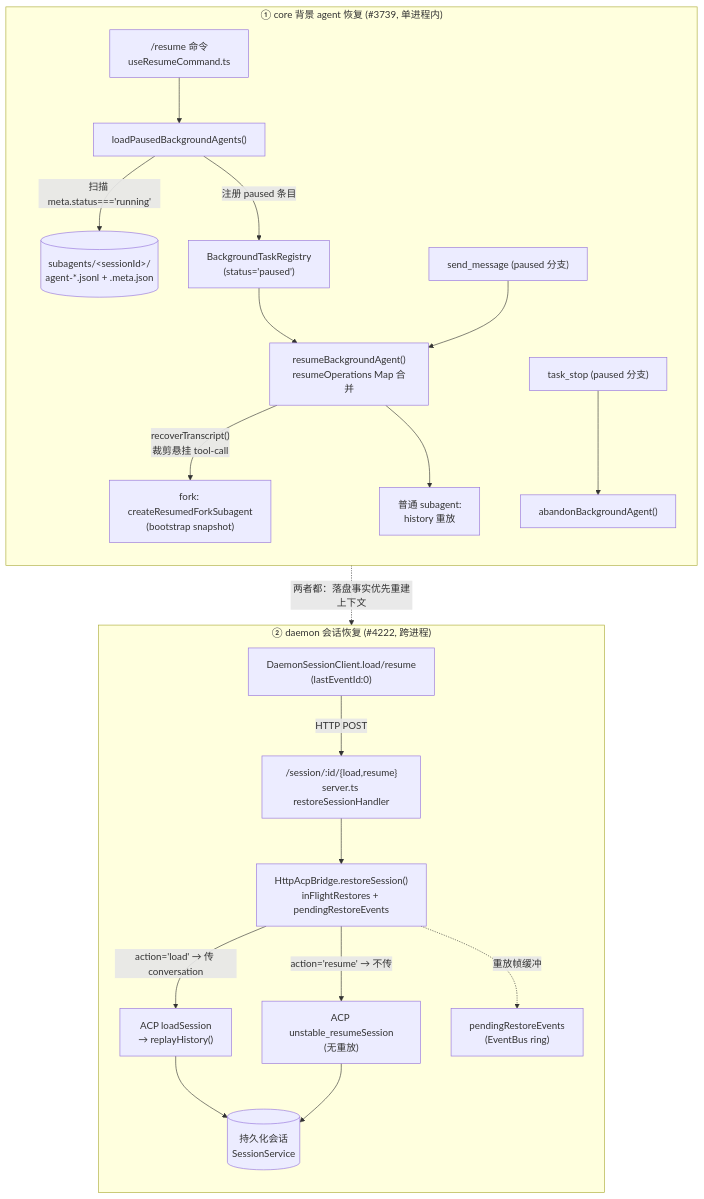
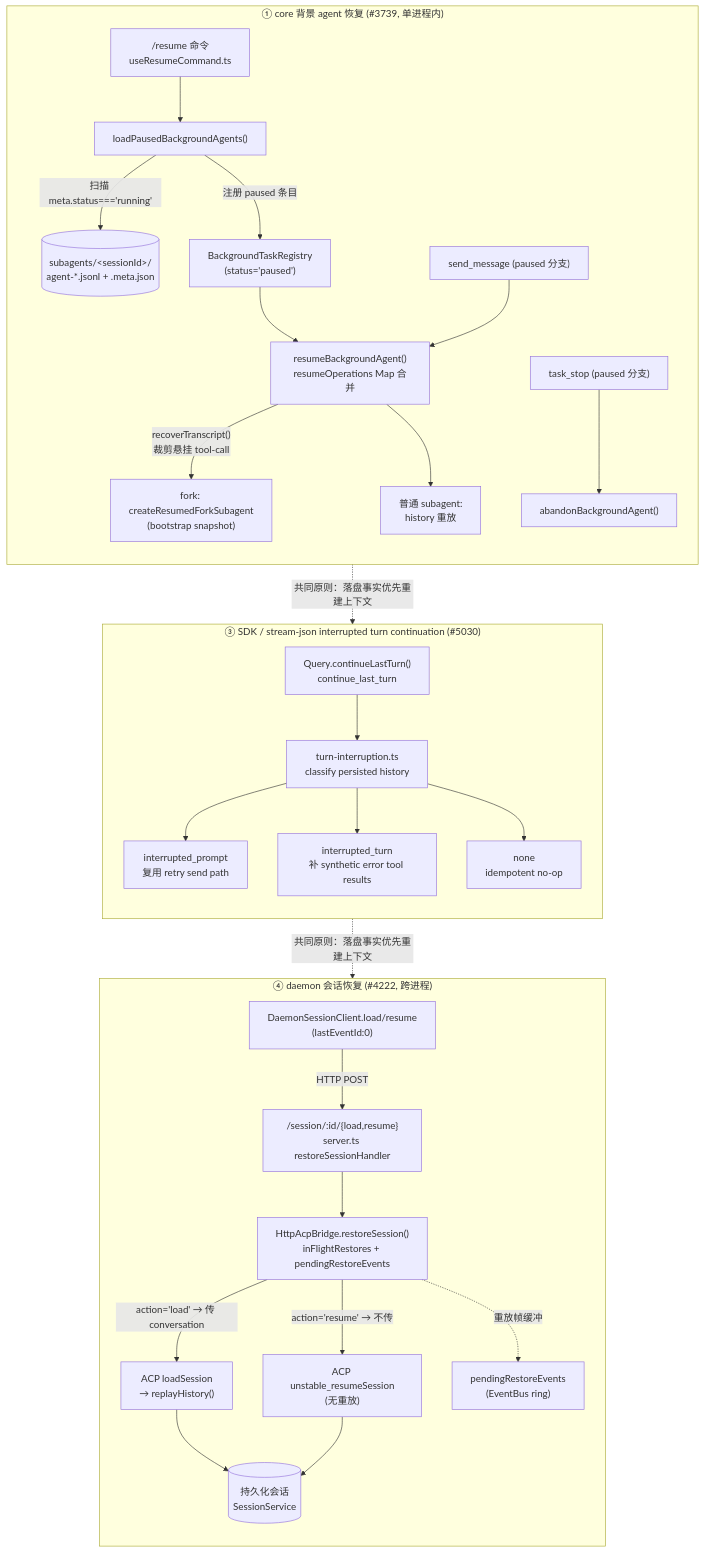
One commit to doudouOUC/code_agent changed the first of 3 diagrams in qwen-code/feature/background-agent-resume.md. Above: the diagram before and after it, drawn with Mermaid. The commit also changed other lines of this file and 14 other files, not shown here.

````diff
--- a/qwen-code/feature/background-agent-resume.md
+++ b/qwen-code/feature/background-agent-resume.md
@@ -33,27 +36,36 @@
 ```mermaid
 flowchart TB
   subgraph CORE["① core 背景 agent 恢复 (#3739, 单进程内)"]
     direction TB
     RES["/resume 命令<br/>useResumeCommand.ts"] --> LPA["loadPausedBackgroundAgents()"]
     LPA -->|"扫描 meta.status==='running'"| DISK1[("subagents/&lt;sessionId&gt;/<br/>agent-*.jsonl + .meta.json")]
     LPA -->|"注册 paused 条目"| REG["BackgroundTaskRegistry<br/>(status='paused')"]
     REG --> RBA["resumeBackgroundAgent()<br/>resumeOperations Map 合并"]
     RBA -->|"recoverTranscript()<br/>裁剪悬挂 tool-call"| FORK["fork: createResumedForkSubagent<br/>(bootstrap snapshot)"]
     RBA --> SUB["普通 subagent:<br/>history 重放"]
     SM["send_message (paused 分支)"] --> RBA
     TS["task_stop (paused 分支)"] --> ABD["abandonBackgroundAgent()"]
   end
 
-  subgraph DAEMON["② daemon 会话恢复 (#4222, 跨进程)"]
+  subgraph SDKCONT["③ SDK / stream-json interrupted turn continuation (#5030)"]
+    direction TB
+    CL["Query.continueLastTurn()<br/>continue_last_turn"] --> CLS["turn-interruption.ts<br/>classify persisted history"]
+    CLS --> IP["interrupted_prompt<br/>复用 retry send path"]
+    CLS --> IT["interrupted_turn<br/>补 synthetic error tool results"]
+    CLS --> NO["none<br/>idempotent no-op"]
+  end
+
+  subgraph DAEMON["④ daemon 会话恢复 (#4222, 跨进程)"]
     direction TB
     SDK["DaemonSessionClient.load/resume<br/>(lastEventId:0)"] -->|HTTP POST| RT["/session/:id/{load,resume}<br/>server.ts restoreSessionHandler"]
     RT --> BR["HttpAcpBridge.restoreSession()<br/>inFlightRestores + pendingRestoreEvents"]
     BR -->|"action='load' → 传 conversation"| ACPL["ACP loadSession<br/>→ replayHistory()"]
     BR -->|"action='resume' → 不传"| ACPR["ACP unstable_resumeSession<br/>(无重放)"]
     ACPL --> DISK2[("持久化会话<br/>SessionService")]
     ACPR --> DISK2
     BR -.->|"重放帧缓冲"| RING["pendingRestoreEvents<br/>(EventBus ring)"]
   end
 
-  CORE -.->|"两者都：落盘事实优先重建上下文"| DAEMON
+  CORE -.->|"共同原则：落盘事实优先重建上下文"| SDKCONT
+  SDKCONT -.->|"共同原则：落盘事实优先重建上下文"| DAEMON
 ```
````
